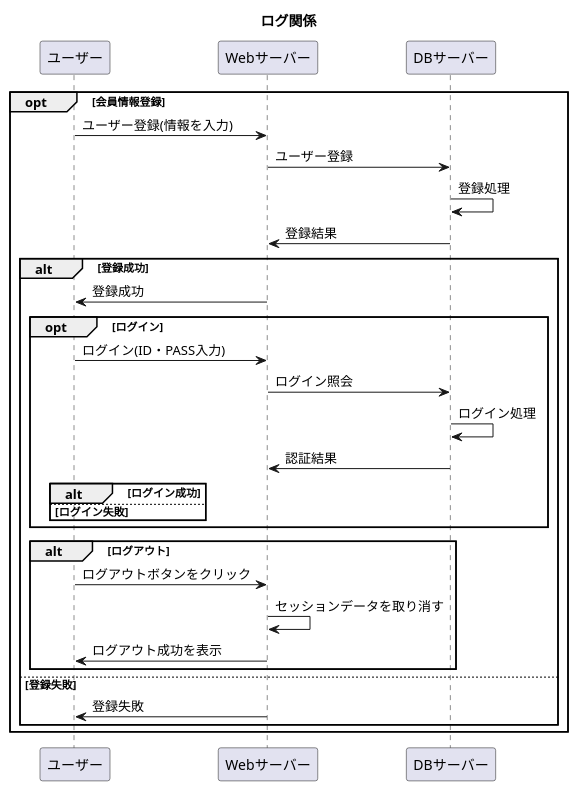
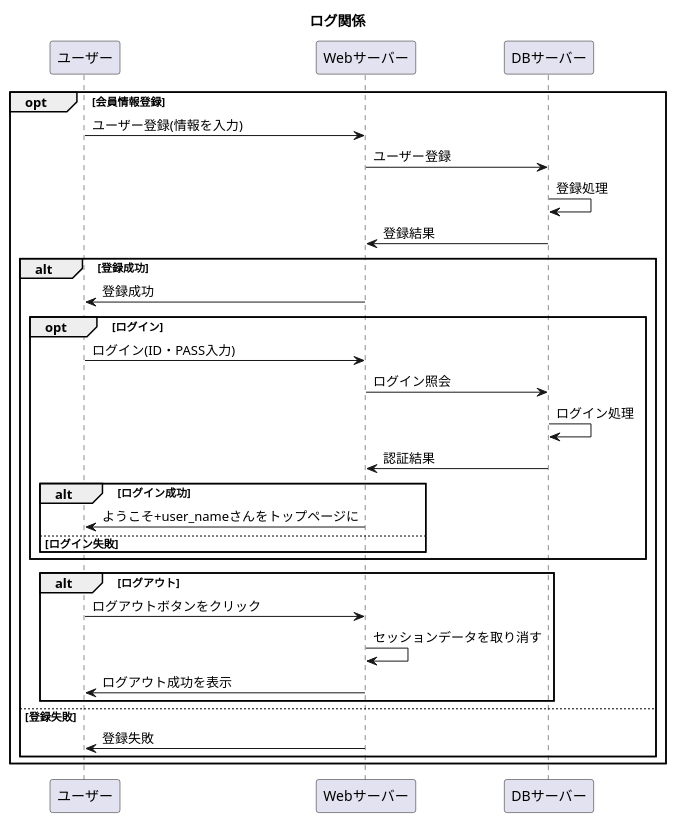
Before and after one commit to Aso2001227/Aso-Sports-1: the diagram in 設計書/02_業務フロー/Log-flow.md, drawn with PlantUML.

````diff
--- a/設計書/02_業務フロー/Log-flow.md
+++ b/設計書/02_業務フロー/Log-flow.md
@@ -1,30 +1,31 @@
 ```uml
 @startuml
 title: ログ関係
 opt 会員情報登録
   ユーザー -> Webサーバー : ユーザー登録(情報を入力)
   Webサーバー -> DBサーバー : ユーザー登録
   DBサーバー -> DBサーバー : 登録処理
   DBサーバー -> Webサーバー : 登録結果
   alt 登録成功
     Webサーバー -> ユーザー : 登録成功
     opt ログイン
       ユーザー -> Webサーバー : ログイン(ID・PASS入力)
       Webサーバー -> DBサーバー : ログイン照会
       DBサーバー -> DBサーバー : ログイン処理
       DBサーバー -> Webサーバー : 認証結果
       alt ログイン成功
+        Webサーバー -> ユーザー : ようこそ+user_nameさんをトップページに
        else ログイン失敗
       end
       end
     alt ログアウト
       ユーザー ->Webサーバー :ログアウトボタンをクリック
       Webサーバー -> Webサーバー :セッションデータを取り消す
       Webサーバー -> ユーザー :ログアウト成功を表示
      end
     else 登録失敗
     Webサーバー -> ユーザー : 登録失敗
   end
  end
 @enduml
 ```
````
